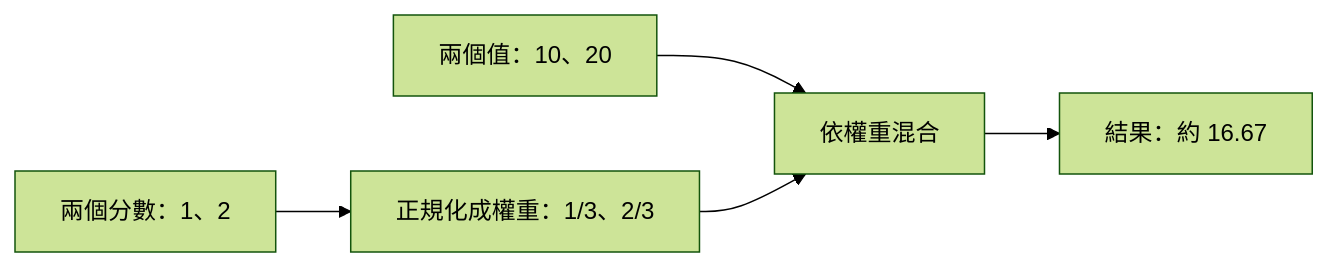
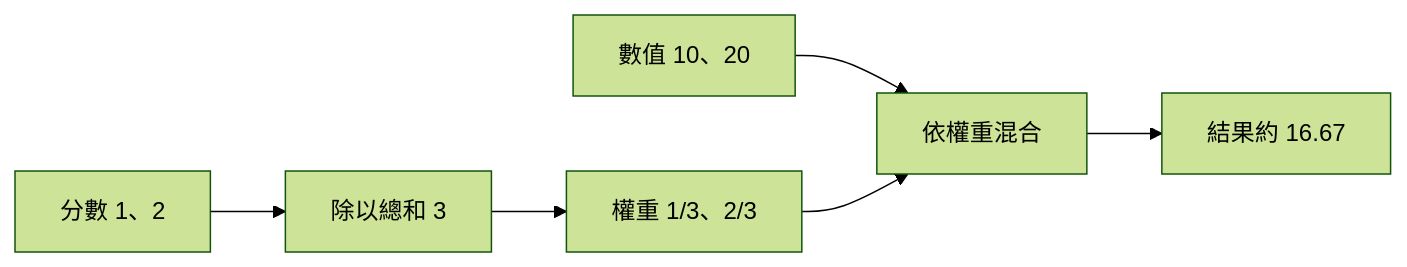
The diagram in 04-transformer-attention.md (4-learn/LLM-demo), drawn with Mermaid (forest theme) before and after one commit. The commit also changed other lines of this file and 12 other files, not shown here.

````diff
--- a/04-transformer-attention.md
+++ b/04-transformer-attention.md
@@ -31,7 +32,8 @@
 ```mermaid
 flowchart LR
-    S[兩個分數：1、2] --> N[正規化成權重：1/3、2/3]
-    V[兩個值：10、20] --> M[依權重混合]
-    N --> M
-    M --> R[結果：約 16.67]
+    S[分數 1、2] --> N[除以總和 3]
+    N --> W[權重 1/3、2/3]
+    V[數值 10、20] --> M[依權重混合]
+    W --> M
+    M --> R[結果約 16.67]
 ```
````
